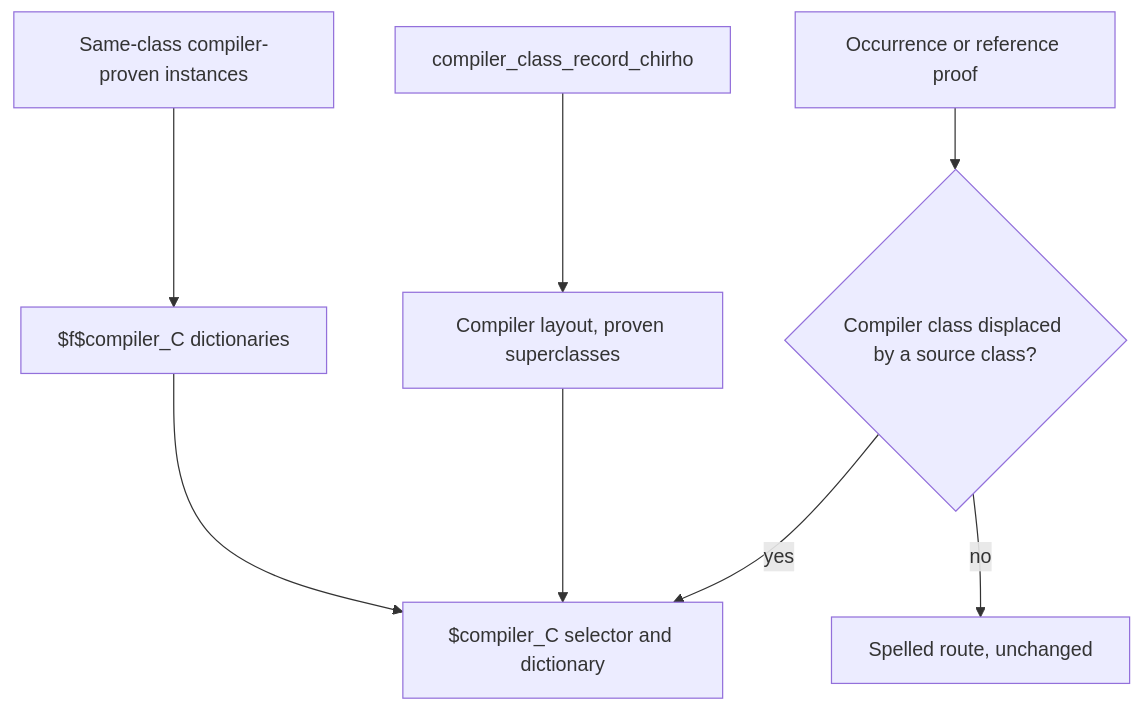
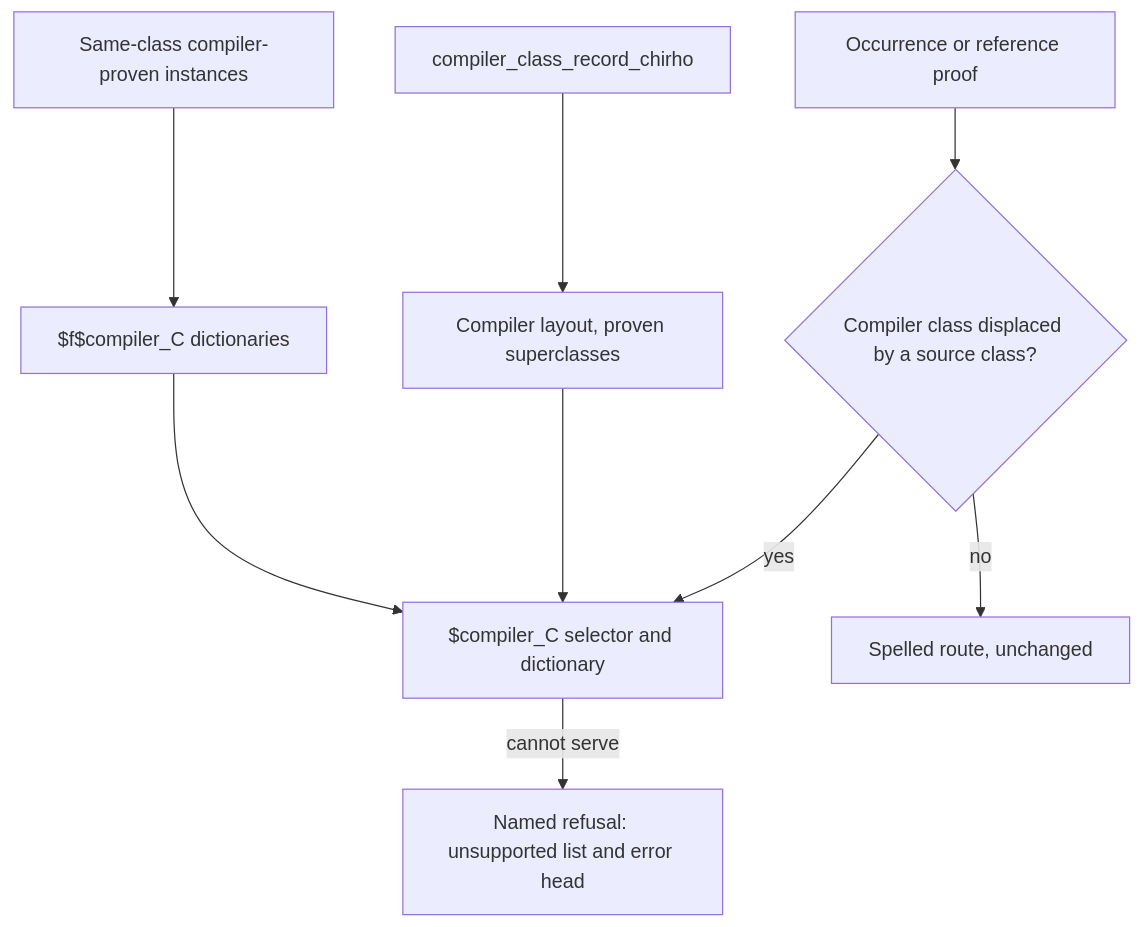
Before and after one commit to loveJesus/haskelujah-chirho: diagram 20 of 20 in spec-chirho/workflows-chirho/language-features-chirho/dictionary-evidence-chirho.md, drawn with Mermaid. The commit also changed other lines of this file and 8 other files, not shown here.

````diff
--- a/spec-chirho/workflows-chirho/language-features-chirho/dictionary-evidence-chirho.md
+++ b/spec-chirho/workflows-chirho/language-features-chirho/dictionary-evidence-chirho.md
@@ -1194,10 +1194,11 @@
 ```mermaid
 flowchart TD
     proof_chirho[Occurrence or reference proof] --> compiler_chirho{Compiler class displaced by a source class?}
     compiler_chirho -->|yes| namespace_chirho[$compiler_C selector and dictionary]
+    namespace_chirho -->|cannot serve| refusal_chirho[Named refusal: unsupported list and error head]
     compiler_chirho -->|no| spelled_chirho[Spelled route, unchanged]
     record_chirho[compiler_class_record_chirho] --> layout_chirho[Compiler layout, proven superclasses]
     layout_chirho --> namespace_chirho
     seeds_chirho[Same-class compiler-proven instances] --> dictionaries_chirho[$f$compiler_C dictionaries]
     dictionaries_chirho --> namespace_chirho
 ```
````
